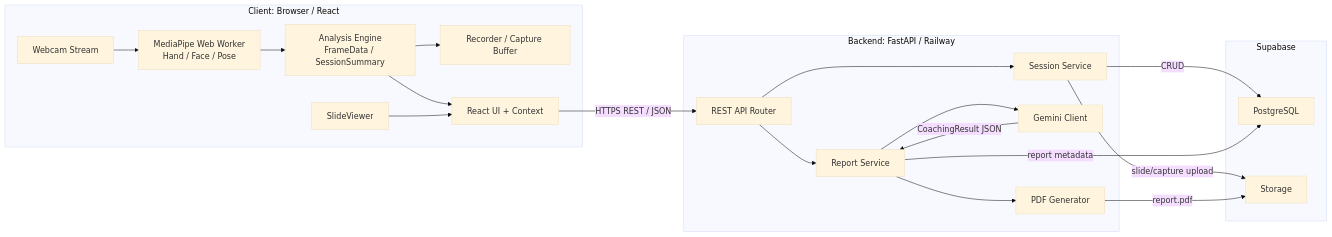
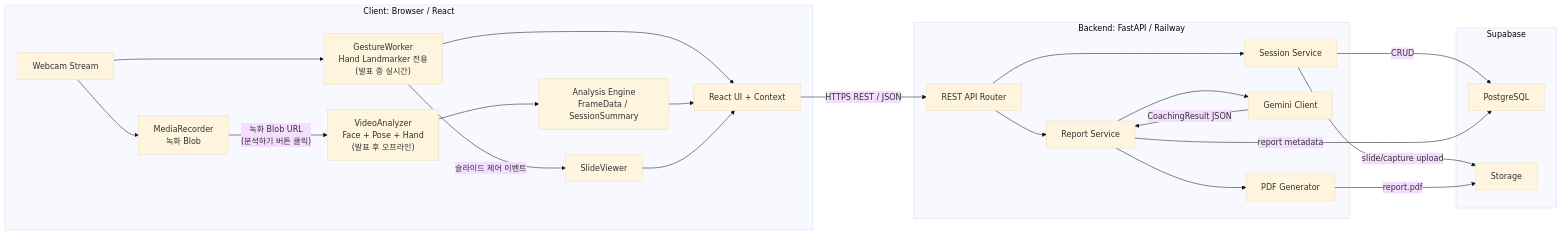
One commit to aikian/presentation changed the first of 8 diagrams in DSD.md. Above: the diagram before and after it, drawn with Mermaid (base theme). The commit also changed other lines of this file, not shown here.

Commit message:
DSD 수정: 발표 중 실시간 분석 → 발표 후 오프라인 분석 구조로 변경

````diff
--- a/DSD.md
+++ b/DSD.md
@@ -155,40 +155,44 @@
 ```mermaid
 flowchart LR
     subgraph Client["Client: Browser / React"]
         Webcam["Webcam Stream"]
         SlideViewer["SlideViewer"]
-        Worker["MediaPipe Web Worker<br/>Hand / Face / Pose"]
+        GestureWorker["GestureWorker<br/>Hand Landmarker 전용<br/>(발표 중 실시간)"]
+        Recorder["MediaRecorder<br/>녹화 Blob"]
+        VideoAnalyzer["VideoAnalyzer<br/>Face + Pose + Hand<br/>(발표 후 오프라인)"]
         Analysis["Analysis Engine<br/>FrameData / SessionSummary"]
-        Capture["Recorder / Capture Buffer"]
         UI["React UI + Context"]
     end
 
     subgraph Backend["Backend: FastAPI / Railway"]
         API["REST API Router"]
         SessionSvc["Session Service"]
         ReportSvc["Report Service"]
         GeminiSvc["Gemini Client"]
         PdfSvc["PDF Generator"]
     end
 
     subgraph Supabase["Supabase"]
         DB["PostgreSQL"]
         Storage["Storage"]
     end
 
-    Webcam --> Worker
-    Worker --> Analysis
+    Webcam --> GestureWorker
+    Webcam --> Recorder
+    GestureWorker -- "슬라이드 제어 이벤트" --> SlideViewer
+    GestureWorker --> UI
+    Recorder -- "녹화 Blob URL<br/>(분석하기 버튼 클릭)" --> VideoAnalyzer
+    VideoAnalyzer --> Analysis
     Analysis --> UI
-    Analysis --> Capture
     SlideViewer --> UI
     UI -- "HTTPS REST / JSON" --> API
     API --> SessionSvc
     API --> ReportSvc
     SessionSvc -- "CRUD" --> DB
     SessionSvc -- "slide/capture upload" --> Storage
     ReportSvc --> GeminiSvc
     ReportSvc --> PdfSvc
     GeminiSvc -- "CoachingResult JSON" --> ReportSvc
     PdfSvc -- "report.pdf" --> Storage
     ReportSvc -- "report metadata" --> DB
 ```
````
